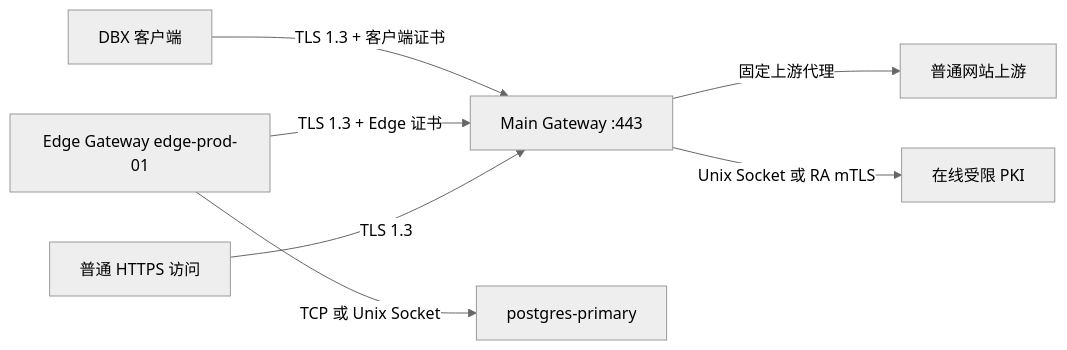
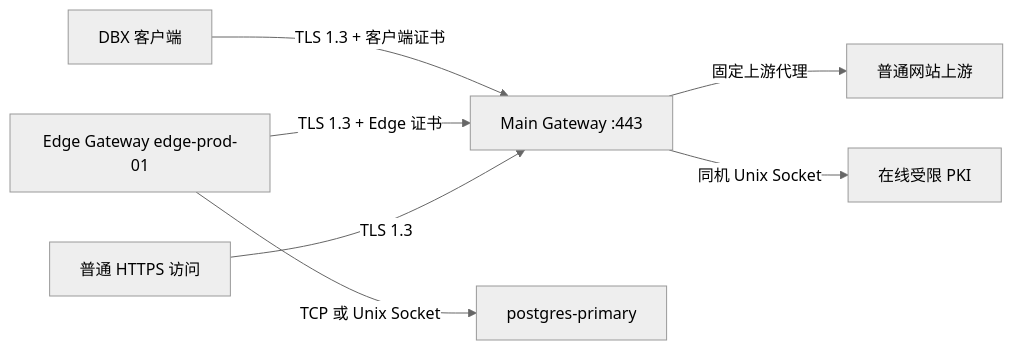
One commit to Lan4jn/dbx changed the diagram in docs/dbx-gateway.md. Above: the diagram before and after it, drawn with Mermaid (neutral theme). The commit also changed other lines of this file and 13 other files, not shown here.

````diff
--- a/docs/dbx-gateway.md
+++ b/docs/dbx-gateway.md
@@ -15,9 +15,9 @@
 ```mermaid
 flowchart LR
     DBX["DBX 客户端"] -->|"TLS 1.3 + 客户端证书"| Main["Main Gateway :443"]
     Edge["Edge Gateway edge-prod-01"] -->|"TLS 1.3 + Edge 证书"| Main
     Edge -->|"TCP 或 Unix Socket"| DB["postgres-primary"]
     Browser["普通 HTTPS 访问"] -->|"TLS 1.3"| Main
     Main -->|"固定上游代理"| Site["普通网站上游"]
-    Main -->|"Unix Socket 或 RA mTLS"| PKI["在线受限 PKI"]
+    Main -->|"同机 Unix Socket"| PKI["在线受限 PKI"]
 ```
````
